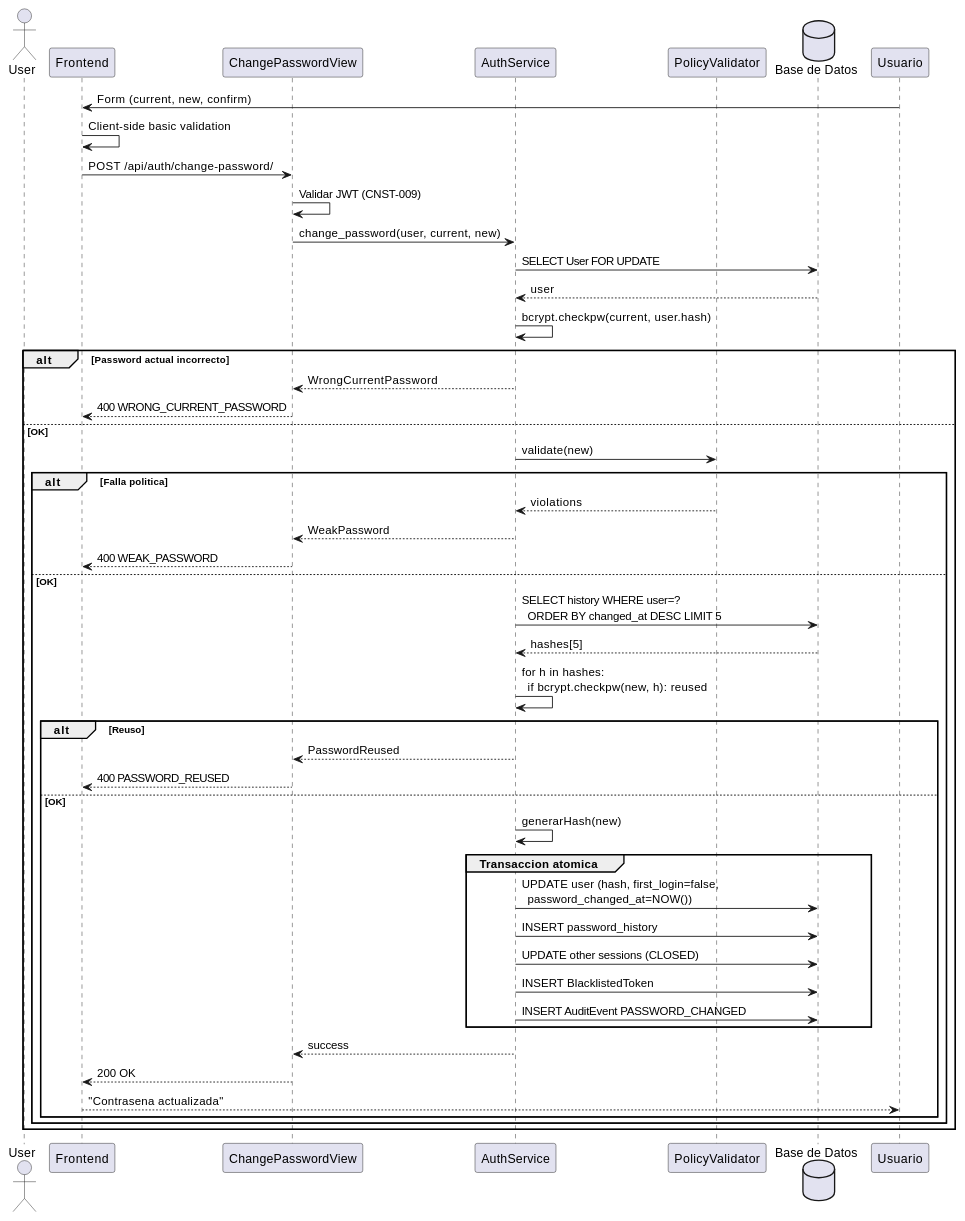
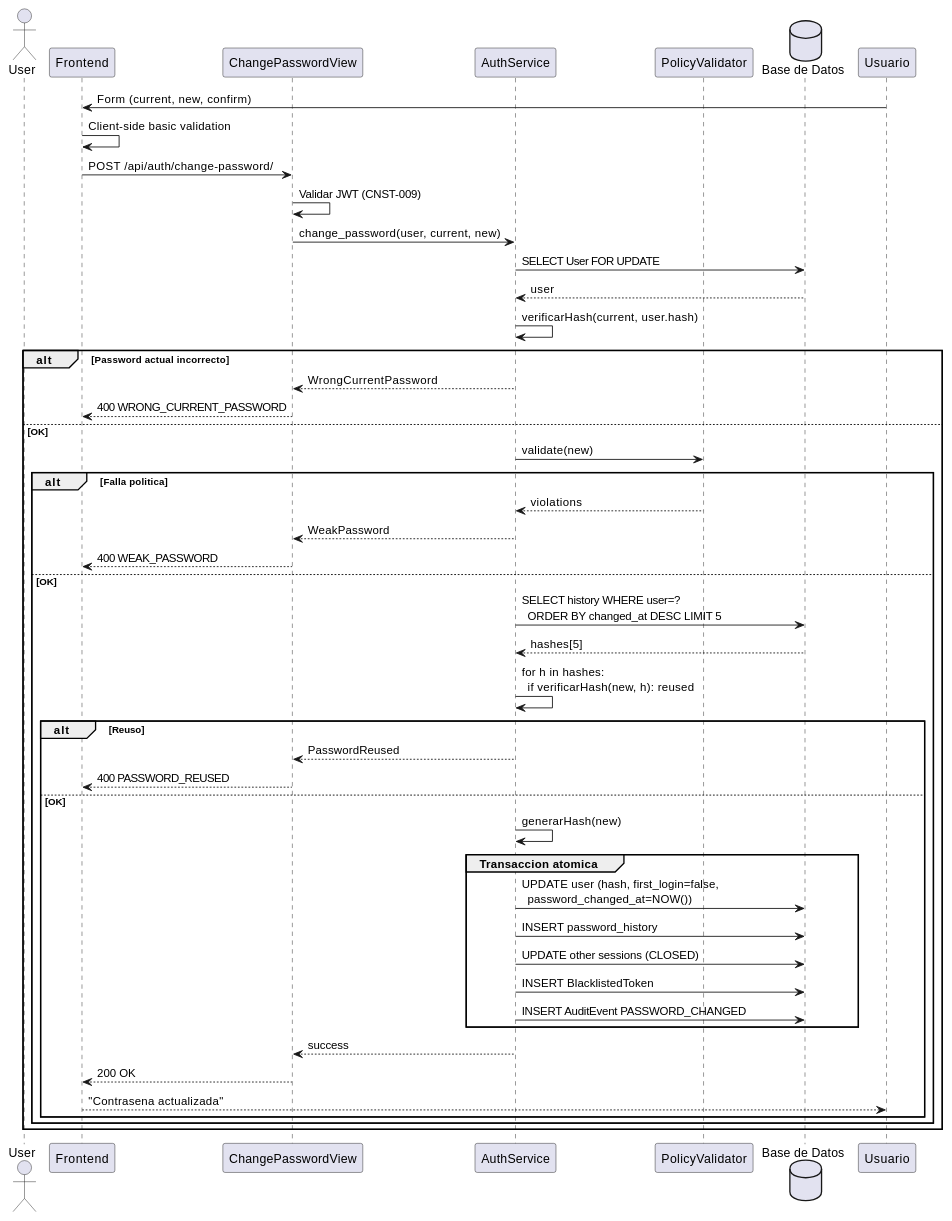
One commit to jcg-admin/IACT-docs changed the second of 4 diagrams in source/requisitos/casos-uso/auth/uc-auth-04/diagramas-uml.rst. Above: the diagram before and after it, drawn with PlantUML. The commit also changed other lines of this file and 21 other files, not shown here.

```diff
--- a/source/requisitos/casos-uso/auth/uc-auth-04/diagramas-uml.rst
+++ b/source/requisitos/casos-uso/auth/uc-auth-04/diagramas-uml.rst
@@ -48,56 +48,56 @@
 .. uml::
  :caption: UC_AUTH_04 — flujo principal
 
  @startuml
 
  actor User as User
  participant "Frontend" as Frontend
  participant "ChangePasswordView" as Changepasswordview
  participant "AuthService" as Authservice
  participant "PolicyValidator" as Policyvalidator
  database "Base de Datos" as BaseDeDatos
 
  Usuario -> Frontend: Form (current, new, confirm)
  Frontend -> Frontend: Client-side basic validation
  Frontend -> Changepasswordview: POST /api/auth/change-password/
  Changepasswordview -> Changepasswordview: Validar JWT (CNST-009)
  Changepasswordview -> Authservice: change_password(user, current, new)
 
  Authservice -> BaseDeDatos: SELECT User FOR UPDATE
  BaseDeDatos --> Authservice: user
- Authservice -> Authservice: bcrypt.checkpw(current, user.hash)
+ Authservice -> Authservice: verificarHash(current, user.hash)
  alt Password actual incorrecto
    Authservice --> Changepasswordview: WrongCurrentPassword
    Changepasswordview --> Frontend: 400 WRONG_CURRENT_PASSWORD
  else OK
    Authservice -> Policyvalidator: validate(new)
    alt Falla politica
      Policyvalidator --> Authservice: violations
      Authservice --> Changepasswordview: WeakPassword
      Changepasswordview --> Frontend: 400 WEAK_PASSWORD
    else OK
      Authservice -> BaseDeDatos: SELECT history WHERE user=?\n  ORDER BY changed_at DESC LIMIT 5
      BaseDeDatos --> Authservice: hashes[5]
-     Authservice -> Authservice: for h in hashes:\n  if bcrypt.checkpw(new, h): reused
+     Authservice -> Authservice: for h in hashes:\n  if verificarHash(new, h): reused
      alt Reuso
        Authservice --> Changepasswordview: PasswordReused
        Changepasswordview --> Frontend: 400 PASSWORD_REUSED
      else OK
        Authservice -> Authservice: generarHash(new)
 
        group Transaccion atomica
          Authservice -> BaseDeDatos: UPDATE user (hash, first_login=false,\n  password_changed_at=NOW())
          Authservice -> BaseDeDatos: INSERT password_history
          Authservice -> BaseDeDatos: UPDATE other sessions (CLOSED)
          Authservice -> BaseDeDatos: INSERT BlacklistedToken
          Authservice -> BaseDeDatos: INSERT AuditEvent PASSWORD_CHANGED
        end
 
        Authservice --> Changepasswordview: success
        Changepasswordview --> Frontend: 200 OK
        Frontend --> Usuario: "Contrasena actualizada"
      end
    end
  end
 
  @enduml
```
